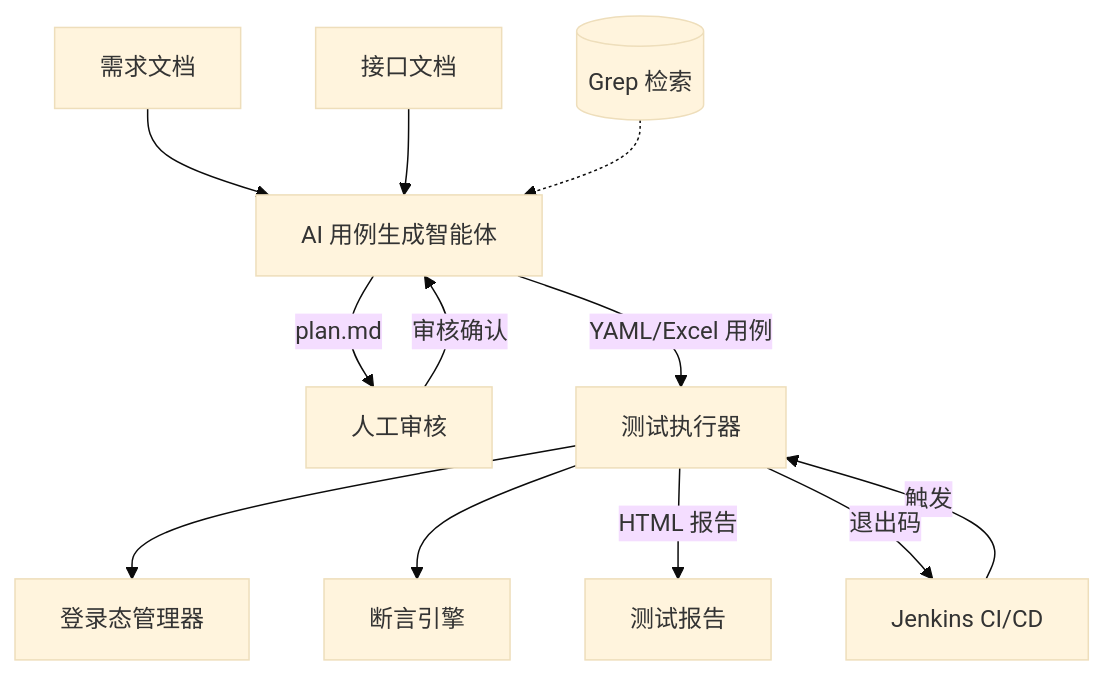
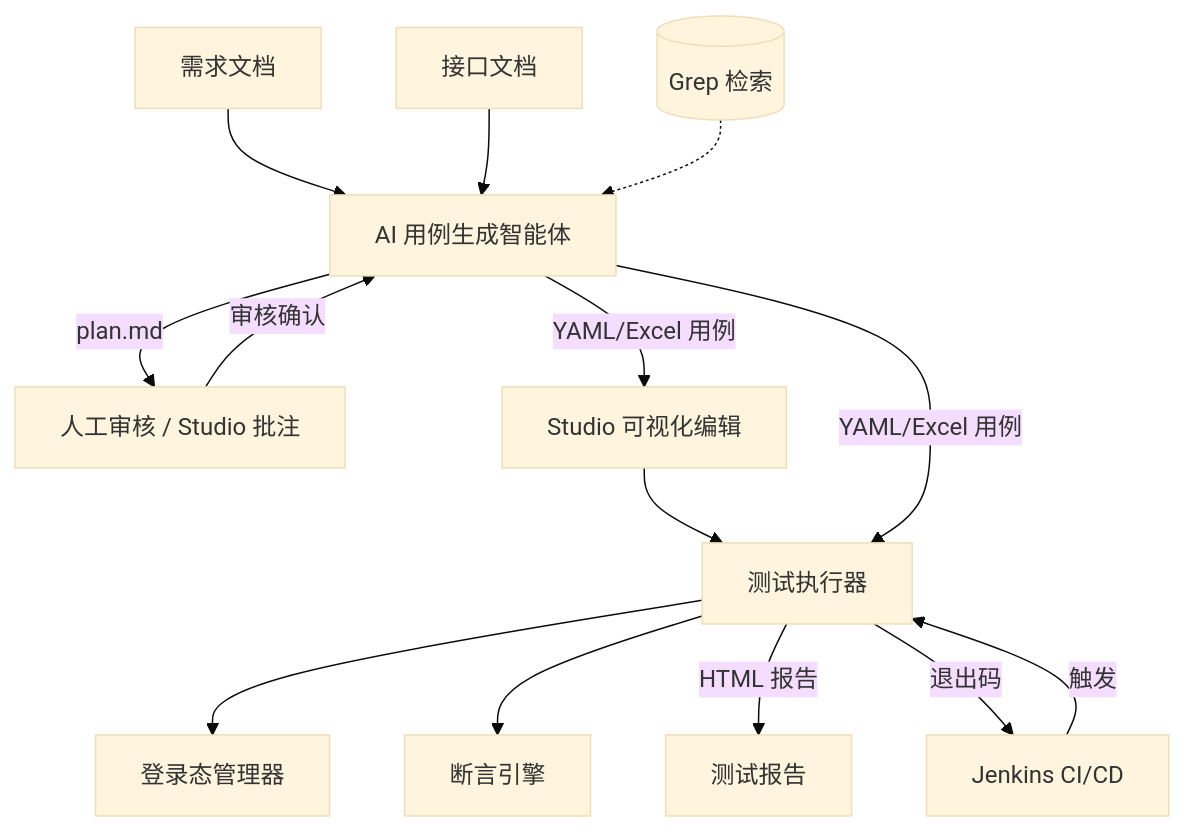
One commit to Remon-16/flow-forge changed the diagram in README.md. Above: the diagram before and after it, drawn with Mermaid (base theme). The commit also changed other lines of this file and 29 other files, not shown here.

````diff
--- a/README.md
+++ b/README.md
@@ -48,14 +20,16 @@
 ```mermaid
 graph TD
     REQ[需求文档] --> AGENT[AI 用例生成智能体]
     API[接口文档] --> AGENT
     KB[(Grep 检索)] -.-> AGENT
-    AGENT --> |plan.md| REVIEW[人工审核]
+    AGENT --> |plan.md| REVIEW[人工审核 / Studio 批注]
     REVIEW --> |审核确认| AGENT
-    AGENT --> |YAML/Excel 用例| EXEC[测试执行器]
+    AGENT --> |YAML/Excel 用例| STUDIO[Studio 可视化编辑]
+    STUDIO --> EXEC[测试执行器]
+    AGENT --> |YAML/Excel 用例| EXEC
     EXEC --> LM[登录态管理器]
     EXEC --> AE[断言引擎]
     EXEC --> |HTML 报告| REPORT[测试报告]
     JENKINS[Jenkins CI/CD] --> |触发| EXEC
     EXEC --> |退出码| JENKINS
 ```
````
